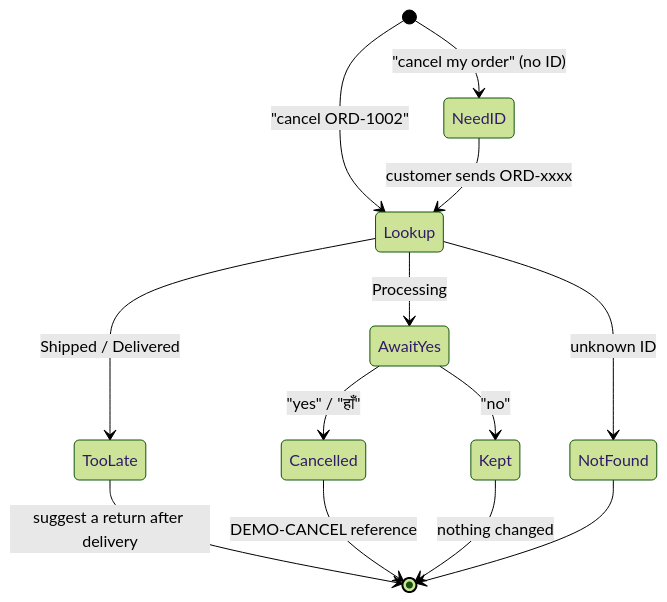
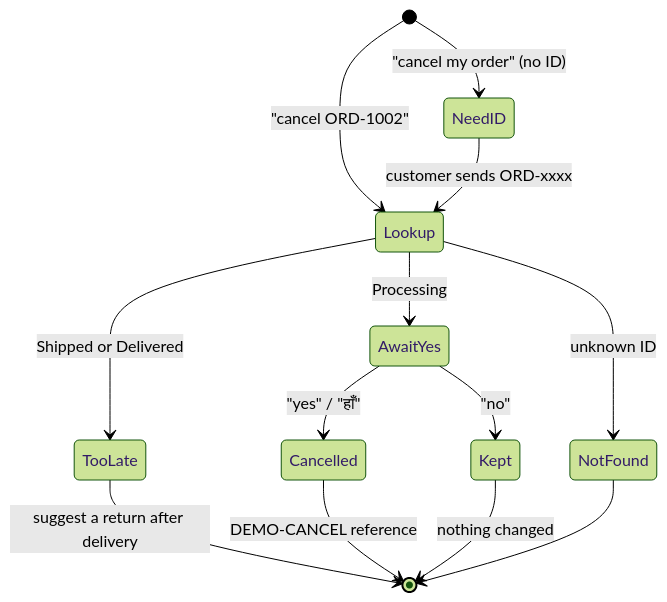
Before and after one commit to Anushka-v24/ecommerce-customer-support-assistant: diagram 15 of 38 in docs/ENHANCEMENT_REPORT.md, drawn with Mermaid (forest theme). The commit also changed other lines of this file and 5 other files, not shown here.

````diff
--- a/docs/ENHANCEMENT_REPORT.md
+++ b/docs/ENHANCEMENT_REPORT.md
@@ -406,15 +653,15 @@
 ```mermaid
 stateDiagram-v2
     [*] --> NeedID: "cancel my order" (no ID)
     [*] --> Lookup: "cancel ORD-1002"
     NeedID --> Lookup: customer sends ORD-xxxx
     Lookup --> NotFound: unknown ID
-    Lookup --> TooLate: Shipped / Delivered
+    Lookup --> TooLate: Shipped or Delivered
     Lookup --> AwaitYes: Processing
     AwaitYes --> Cancelled: "yes" / "हाँ"
     AwaitYes --> Kept: "no"
     TooLate --> [*]: suggest a return after delivery
     Cancelled --> [*]: DEMO-CANCEL reference
     Kept --> [*]: nothing changed
     NotFound --> [*]
 ```
````
